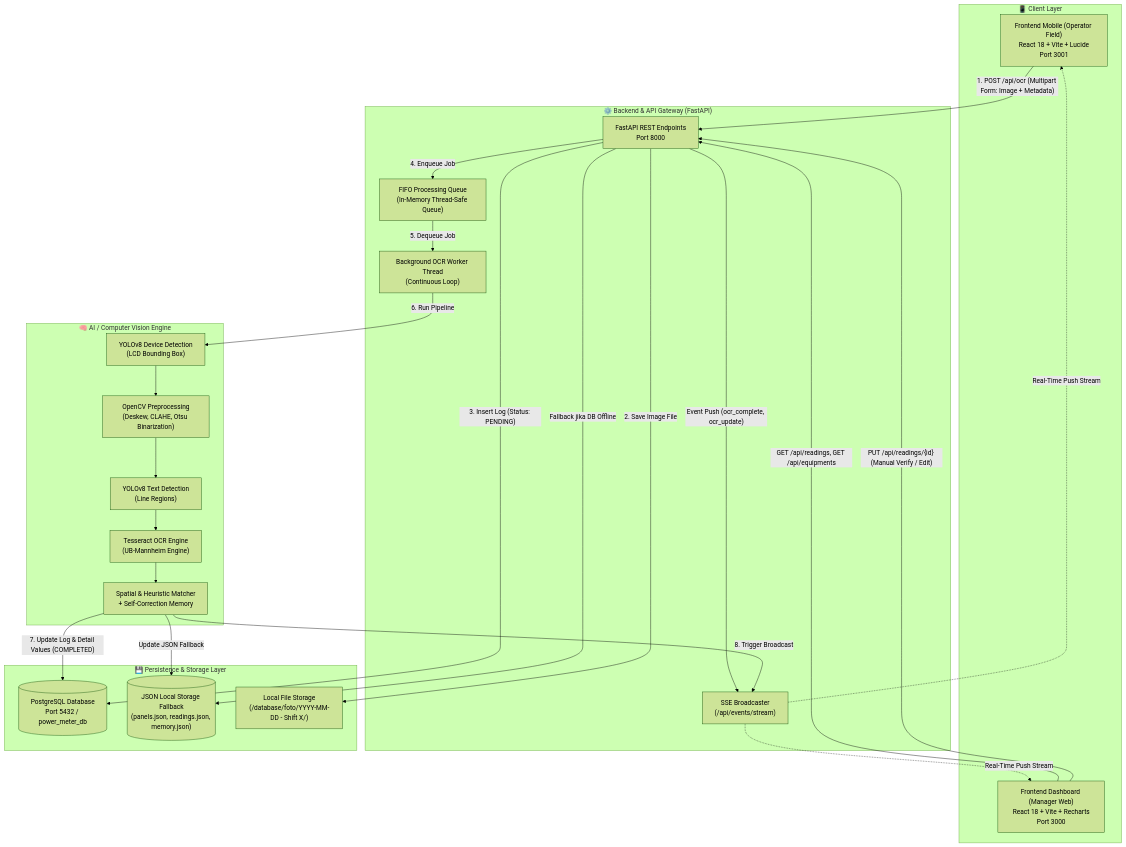
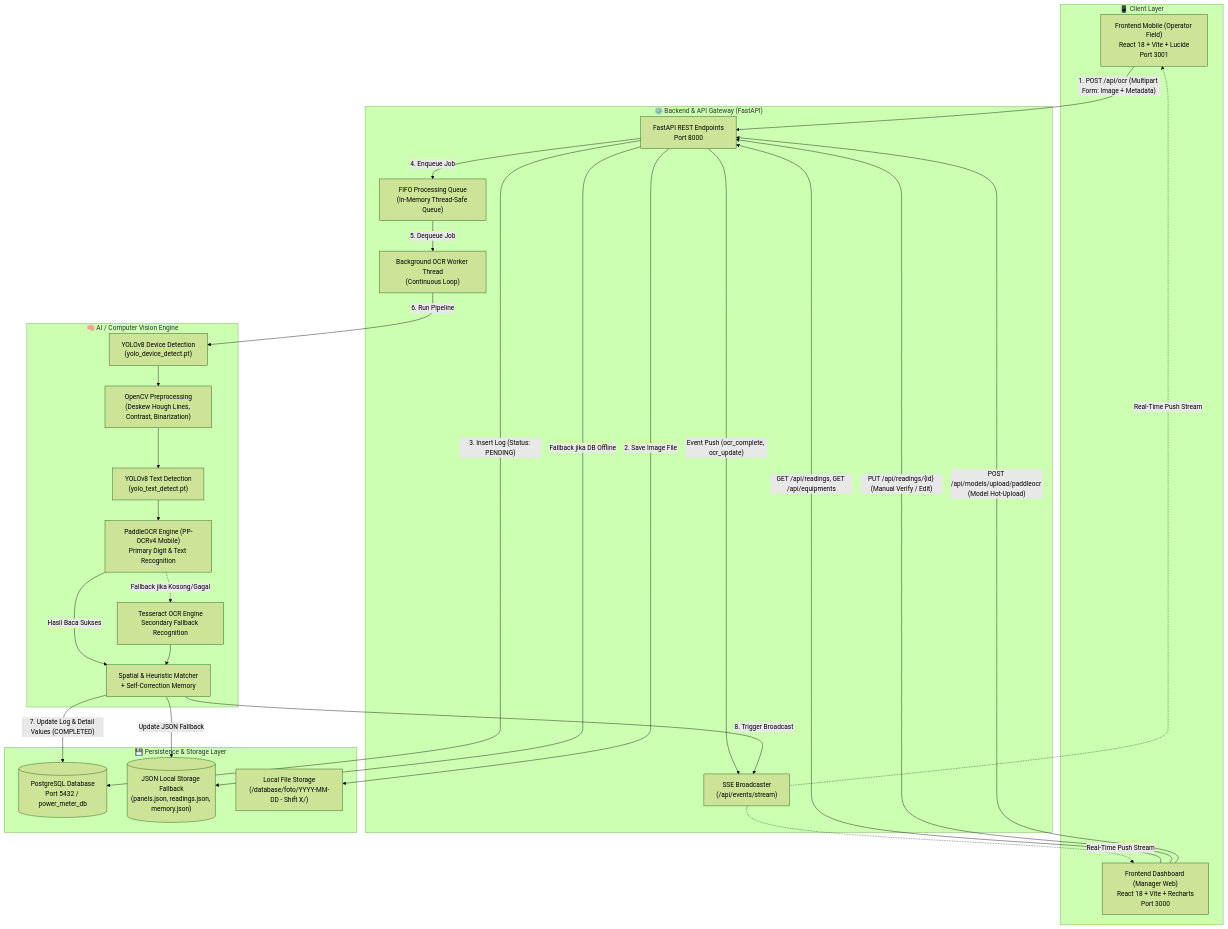
The first of 4 diagrams in ARSITEKTUR.md (Rinfesyah/Power_meter_reading_Bion), drawn with Mermaid (forest theme) before and after one commit. The commit also changed other lines of this file and 3 other files, not shown here.

````diff
--- a/ARSITEKTUR.md
+++ b/ARSITEKTUR.md
@@ -11,55 +11,59 @@
 ```mermaid
 flowchart TB
     subgraph Clients ["📱 Client Layer"]
         Mobile["Frontend Mobile (Operator Field)<br/>React 18 + Vite + Lucide<br/>Port 3001"]
         Dashboard["Frontend Dashboard (Manager Web)<br/>React 18 + Vite + Recharts<br/>Port 3000"]
     end
 
     subgraph BackendLayer ["⚙️ Backend & API Gateway (FastAPI)"]
         API["FastAPI REST Endpoints<br/>Port 8000"]
         SSE["SSE Broadcaster<br/>(/api/events/stream)"]
         Queue["FIFO Processing Queue<br/>(In-Memory Thread-Safe Queue)"]
         Worker["Background OCR Worker Thread<br/>(Continuous Loop)"]
     end
 
     subgraph AIEngine ["🧠 AI / Computer Vision Engine"]
-        YoloDev["YOLOv8 Device Detection<br/>(LCD Bounding Box)"]
-        CVPre["OpenCV Preprocessing<br/>(Deskew, CLAHE, Otsu Binarization)"]
-        YoloText["YOLOv8 Text Detection<br/>(Line Regions)"]
-        Tesseract["Tesseract OCR Engine<br/>(UB-Mannheim Engine)"]
+        YoloDev["YOLOv8 Device Detection<br/>(yolo_device_detect.pt)"]
+        CVPre["OpenCV Preprocessing<br/>(Deskew Hough Lines, Contrast, Binarization)"]
+        YoloText["YOLOv8 Text Detection<br/>(yolo_text_detect.pt)"]
+        PaddleOCR["PaddleOCR Engine (PP-OCRv4 Mobile)<br/>Primary Digit & Text Recognition"]
+        Tesseract["Tesseract OCR Engine<br/>Secondary Fallback Recognition"]
         SpatialMatcher["Spatial & Heuristic Matcher<br/>+ Self-Correction Memory"]
     end
 
     subgraph DataLayer ["💾 Persistence & Storage Layer"]
         PG[(PostgreSQL Database<br/>Port 5432 / power_meter_db)]
         JSONFallback[("JSON Local Storage Fallback<br/>(panels.json, readings.json, memory.json)")]
         FileStore["Local File Storage<br/>(/database/foto/YYYY-MM-DD - Shift X/)"]
     end
 
     %% Client Interactions
     Mobile -->|"1. POST /api/ocr (Multipart Form: Image + Metadata)"| API
     Dashboard -->|"GET /api/readings, GET /api/equipments"| API
     Dashboard -->|"PUT /api/readings/{id} (Manual Verify / Edit)"| API
+    Dashboard -->|"POST /api/models/upload/paddleocr (Model Hot-Upload)"| API
     API -->|"Event Push (ocr_complete, ocr_update)"| SSE
     SSE -.->|"Real-Time Push Stream"| Dashboard
     SSE -.->|"Real-Time Push Stream"| Mobile
 
     %% Backend Internals
     API -->|"2. Save Image File"| FileStore
     API -->|"3. Insert Log (Status: PENDING)"| PG
     API -->|"Fallback jika DB Offline"| JSONFallback
     API -->|"4. Enqueue Job"| Queue
     Queue -->|"5. Dequeue Job"| Worker
 
     %% Worker to AI Engine
     Worker -->|"6. Run Pipeline"| YoloDev
     YoloDev --> CVPre
     CVPre --> YoloText
-    YoloText --> Tesseract
+    YoloText --> PaddleOCR
+    PaddleOCR -->|Hasil Baca Sukses| SpatialMatcher
+    PaddleOCR -.->|Fallback jika Kosong/Gagal| Tesseract
     Tesseract --> SpatialMatcher
 
     %% AI to DB
     SpatialMatcher -->|"7. Update Log & Detail Values (COMPLETED)"| PG
     SpatialMatcher -->|"Update JSON Fallback"| JSONFallback
     SpatialMatcher -->|"8. Trigger Broadcast"| SSE
 ```
````
